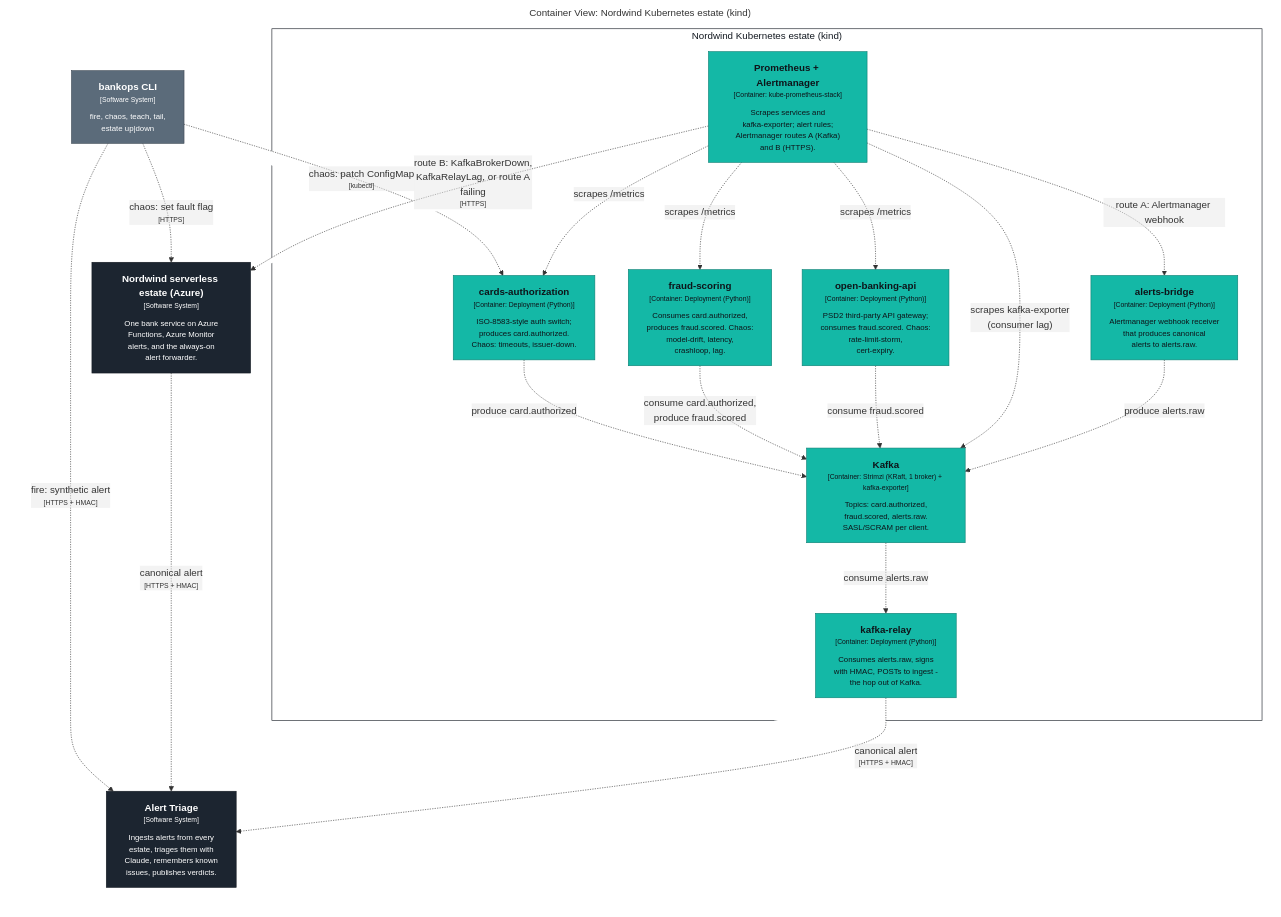
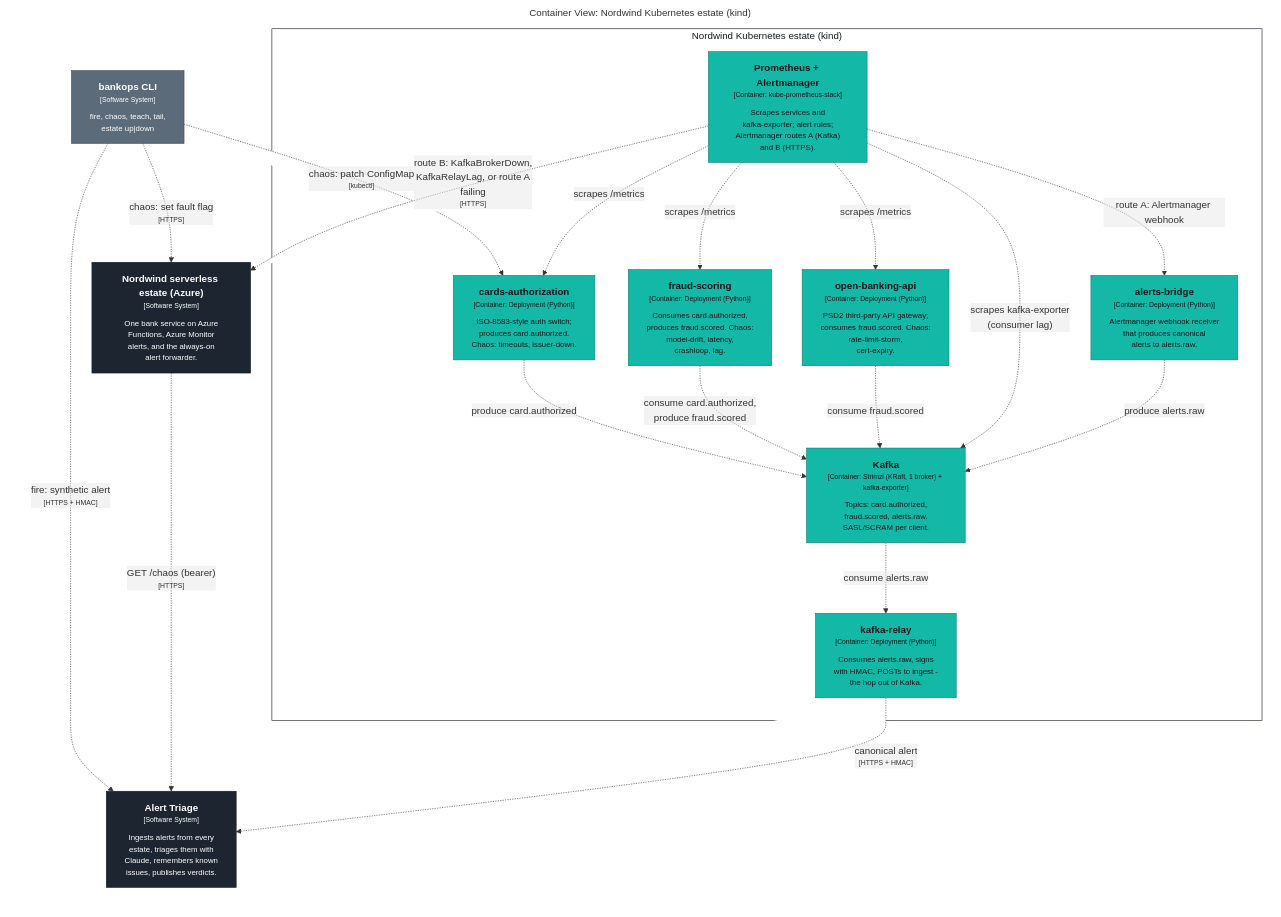
The third of 5 diagrams in docs/c4/generated/README.md (KucherenkoSerhiy/oncall-triage), drawn with Mermaid before and after one commit. The commit also changed other lines of this file and 21 other files, not shown here.

First line of the commit message:
feat(infra-azure): M5b Azure estate - Functions (notifications, forwarder) with zip deploy, App Insights + Log Analytics, action group and three alert rules; deploy.yml feeds the two SSM secrets as sensitive vars; notifications-429 chaos probe (#49)

````diff
--- a/docs/c4/generated/README.md
+++ b/docs/c4/generated/README.md
@@ -112,52 +113,52 @@
 ```mermaid
 graph LR
   linkStyle default fill:#ffffff
 
   subgraph diagram ["Container View: Nordwind Kubernetes estate (kind)"]
     style diagram fill:#ffffff,stroke:#ffffff
 
     4["<div style='font-weight: bold'>bankops CLI</div><div style='font-size: 70%; margin-top: 0px'>[Software System]</div><div style='font-size: 80%; margin-top:10px'>fire, chaos, teach, tail,<br />estate up|down</div>"]
     style 4 fill:#5b6b7a,stroke:#3f4a55,color:#ffffff
     5["<div style='font-weight: bold'>Alert Triage</div><div style='font-size: 70%; margin-top: 0px'>[Software System]</div><div style='font-size: 80%; margin-top:10px'>Ingests alerts from every<br />estate, triages them with<br />Claude, remembers known<br />issues, publishes verdicts.</div>"]
     style 5 fill:#1c2530,stroke:#131921,color:#ffffff
     27["<div style='font-weight: bold'>Nordwind serverless estate (Azure)</div><div style='font-size: 70%; margin-top: 0px'>[Software System]</div><div style='font-size: 80%; margin-top:10px'>One bank service on Azure<br />Functions, Azure Monitor<br />alerts, and the always-on<br />alert forwarder.</div>"]
     style 27 fill:#1c2530,stroke:#131921,color:#ffffff
 
-    subgraph 31 ["Nordwind Kubernetes estate (kind)"]
-      style 31 fill:#ffffff,stroke:#131921,color:#131921
+    subgraph 32 ["Nordwind Kubernetes estate (kind)"]
+      style 32 fill:#ffffff,stroke:#131921,color:#131921
 
-      32["<div style='font-weight: bold'>cards-authorization</div><div style='font-size: 70%; margin-top: 0px'>[Container: Deployment (Python)]</div><div style='font-size: 80%; margin-top:10px'>ISO-8583-style auth switch;<br />produces card.authorized.<br />Chaos: timeouts, issuer-down.</div>"]
-      style 32 fill:#14b8a6,stroke:#0e8074,color:#0e1419
-      33["<div style='font-weight: bold'>fraud-scoring</div><div style='font-size: 70%; margin-top: 0px'>[Container: Deployment (Python)]</div><div style='font-size: 80%; margin-top:10px'>Consumes card.authorized,<br />produces fraud.scored. Chaos:<br />model-drift, latency,<br />crashloop, lag.</div>"]
+      33["<div style='font-weight: bold'>cards-authorization</div><div style='font-size: 70%; margin-top: 0px'>[Container: Deployment (Python)]</div><div style='font-size: 80%; margin-top:10px'>ISO-8583-style auth switch;<br />produces card.authorized.<br />Chaos: timeouts, issuer-down.</div>"]
       style 33 fill:#14b8a6,stroke:#0e8074,color:#0e1419
-      34["<div style='font-weight: bold'>open-banking-api</div><div style='font-size: 70%; margin-top: 0px'>[Container: Deployment (Python)]</div><div style='font-size: 80%; margin-top:10px'>PSD2 third-party API gateway;<br />consumes fraud.scored. Chaos:<br />rate-limit-storm,<br />cert-expiry.</div>"]
+      34["<div style='font-weight: bold'>fraud-scoring</div><div style='font-size: 70%; margin-top: 0px'>[Container: Deployment (Python)]</div><div style='font-size: 80%; margin-top:10px'>Consumes card.authorized,<br />produces fraud.scored. Chaos:<br />model-drift, latency,<br />crashloop, lag.</div>"]
       style 34 fill:#14b8a6,stroke:#0e8074,color:#0e1419
-      35["<div style='font-weight: bold'>Kafka</div><div style='font-size: 70%; margin-top: 0px'>[Container: Strimzi (KRaft, 1 broker) + kafka-exporter]</div><div style='font-size: 80%; margin-top:10px'>Topics: card.authorized,<br />fraud.scored, alerts.raw.<br />SASL/SCRAM per client.</div>"]
+      35["<div style='font-weight: bold'>open-banking-api</div><div style='font-size: 70%; margin-top: 0px'>[Container: Deployment (Python)]</div><div style='font-size: 80%; margin-top:10px'>PSD2 third-party API gateway;<br />consumes fraud.scored. Chaos:<br />rate-limit-storm,<br />cert-expiry.</div>"]
       style 35 fill:#14b8a6,stroke:#0e8074,color:#0e1419
-      36["<div style='font-weight: bold'>Prometheus + Alertmanager</div><div style='font-size: 70%; margin-top: 0px'>[Container: kube-prometheus-stack]</div><div style='font-size: 80%; margin-top:10px'>Scrapes services and<br />kafka-exporter; alert rules;<br />Alertmanager routes A (Kafka)<br />and B (HTTPS).</div>"]
+      36["<div style='font-weight: bold'>Kafka</div><div style='font-size: 70%; margin-top: 0px'>[Container: Strimzi (KRaft, 1 broker) + kafka-exporter]</div><div style='font-size: 80%; margin-top:10px'>Topics: card.authorized,<br />fraud.scored, alerts.raw.<br />SASL/SCRAM per client.</div>"]
       style 36 fill:#14b8a6,stroke:#0e8074,color:#0e1419
-      37["<div style='font-weight: bold'>alerts-bridge</div><div style='font-size: 70%; margin-top: 0px'>[Container: Deployment (Python)]</div><div style='font-size: 80%; margin-top:10px'>Alertmanager webhook receiver<br />that produces canonical<br />alerts to alerts.raw.</div>"]
+      37["<div style='font-weight: bold'>Prometheus + Alertmanager</div><div style='font-size: 70%; margin-top: 0px'>[Container: kube-prometheus-stack]</div><div style='font-size: 80%; margin-top:10px'>Scrapes services and<br />kafka-exporter; alert rules;<br />Alertmanager routes A (Kafka)<br />and B (HTTPS).</div>"]
       style 37 fill:#14b8a6,stroke:#0e8074,color:#0e1419
-      38["<div style='font-weight: bold'>kafka-relay</div><div style='font-size: 70%; margin-top: 0px'>[Container: Deployment (Python)]</div><div style='font-size: 80%; margin-top:10px'>Consumes alerts.raw, signs<br />with HMAC, POSTs to ingest -<br />the hop out of Kafka.</div>"]
+      38["<div style='font-weight: bold'>alerts-bridge</div><div style='font-size: 70%; margin-top: 0px'>[Container: Deployment (Python)]</div><div style='font-size: 80%; margin-top:10px'>Alertmanager webhook receiver<br />that produces canonical<br />alerts to alerts.raw.</div>"]
       style 38 fill:#14b8a6,stroke:#0e8074,color:#0e1419
+      39["<div style='font-weight: bold'>kafka-relay</div><div style='font-size: 70%; margin-top: 0px'>[Container: Deployment (Python)]</div><div style='font-size: 80%; margin-top:10px'>Consumes alerts.raw, signs<br />with HMAC, POSTs to ingest -<br />the hop out of Kafka.</div>"]
+      style 39 fill:#14b8a6,stroke:#0e8074,color:#0e1419
     end
 
     4-. "<div>fire: synthetic alert</div><div style='font-size: 70%'>[HTTPS + HMAC]</div>" .->5
     4-. "<div>chaos: set fault flag</div><div style='font-size: 70%'>[HTTPS]</div>" .->27
-    4-. "<div>chaos: patch ConfigMap</div><div style='font-size: 70%'>[kubectl]</div>" .->32
-    27-. "<div>canonical alert</div><div style='font-size: 70%'>[HTTPS + HMAC]</div>" .->5
-    32-. "<div>produce card.authorized</div><div style='font-size: 70%'></div>" .->35
-    33-. "<div>consume card.authorized,<br />produce fraud.scored</div><div style='font-size: 70%'></div>" .->35
-    34-. "<div>consume fraud.scored</div><div style='font-size: 70%'></div>" .->35
-    36-. "<div>scrapes /metrics</div><div style='font-size: 70%'></div>" .->32
-    36-. "<div>scrapes /metrics</div><div style='font-size: 70%'></div>" .->33
-    36-. "<div>scrapes /metrics</div><div style='font-size: 70%'></div>" .->34
-    36-. "<div>scrapes kafka-exporter<br />(consumer lag)</div><div style='font-size: 70%'></div>" .->35
-    36-. "<div>route A: Alertmanager webhook</div><div style='font-size: 70%'></div>" .->37
-    37-. "<div>produce alerts.raw</div><div style='font-size: 70%'></div>" .->35
-    35-. "<div>consume alerts.raw</div><div style='font-size: 70%'></div>" .->38
-    38-. "<div>canonical alert</div><div style='font-size: 70%'>[HTTPS + HMAC]</div>" .->5
-    36-. "<div>route B: KafkaBrokerDown,<br />KafkaRelayLag, or route A<br />failing</div><div style='font-size: 70%'>[HTTPS]</div>" .->27
+    4-. "<div>chaos: patch ConfigMap</div><div style='font-size: 70%'>[kubectl]</div>" .->33
+    27-. "<div>GET /chaos (bearer)</div><div style='font-size: 70%'>[HTTPS]</div>" .->5
+    33-. "<div>produce card.authorized</div><div style='font-size: 70%'></div>" .->36
+    34-. "<div>consume card.authorized,<br />produce fraud.scored</div><div style='font-size: 70%'></div>" .->36
+    35-. "<div>consume fraud.scored</div><div style='font-size: 70%'></div>" .->36
+    37-. "<div>scrapes /metrics</div><div style='font-size: 70%'></div>" .->33
+    37-. "<div>scrapes /metrics</div><div style='font-size: 70%'></div>" .->34
+    37-. "<div>scrapes /metrics</div><div style='font-size: 70%'></div>" .->35
+    37-. "<div>scrapes kafka-exporter<br />(consumer lag)</div><div style='font-size: 70%'></div>" .->36
+    37-. "<div>route A: Alertmanager webhook</div><div style='font-size: 70%'></div>" .->38
+    38-. "<div>produce alerts.raw</div><div style='font-size: 70%'></div>" .->36
+    36-. "<div>consume alerts.raw</div><div style='font-size: 70%'></div>" .->39
+    39-. "<div>canonical alert</div><div style='font-size: 70%'>[HTTPS + HMAC]</div>" .->5
+    37-. "<div>route B: KafkaBrokerDown,<br />KafkaRelayLag, or route A<br />failing</div><div style='font-size: 70%'>[HTTPS]</div>" .->27
 
   end
 ```
````
